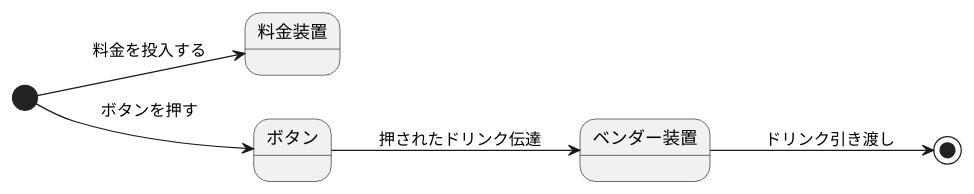
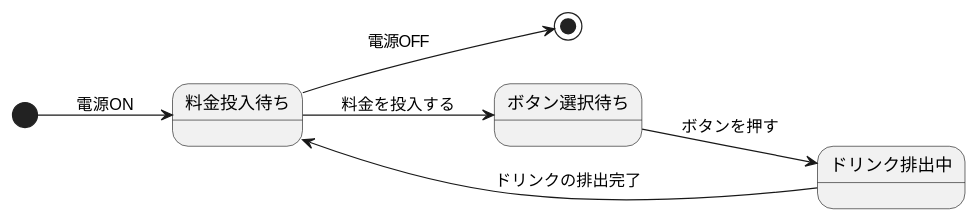
One commit to youryota/uml-introduction changed the diagram in 演習6-4-5_ステートマシン図_自動販売機.pu. Above: the diagram before and after it, drawn with PlantUML. The commit also changed 1 other file, not shown here.

```diff
--- a/演習6-4-5_ステートマシン図_自動販売機.pu
+++ b/演習6-4-5_ステートマシン図_自動販売機.pu
@@ -1,8 +1,8 @@
 @startuml 演習6-4-5
 left to right direction
-
-[*] --> 料金装置:　料金を投入する
-[*] --> ボタン:　ボタンを押す
-ボタン-->ベンダー装置: 押されたドリンク伝達
-ベンダー装置--> [*] :　ドリンク引き渡し
+[*] --> 料金投入待ち: 電源ON
+料金投入待ち--> [*] : 電源OFF
+料金投入待ち-->ボタン選択待ち :料金を投入する
+ボタン選択待ち-->ドリンク排出中 :ボタンを押す
+ドリンク排出中-->料金投入待ち :ドリンクの排出完了
 @enduml
```
